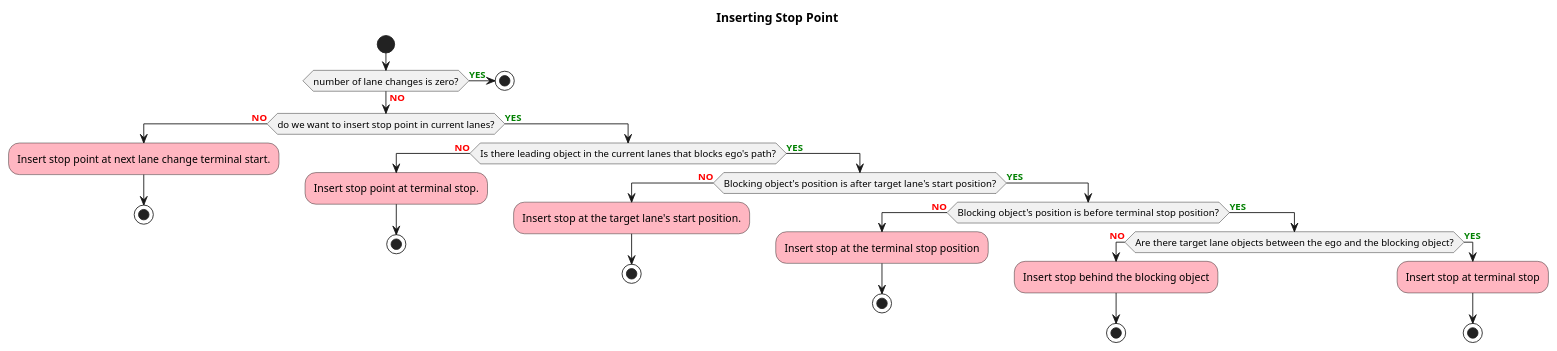
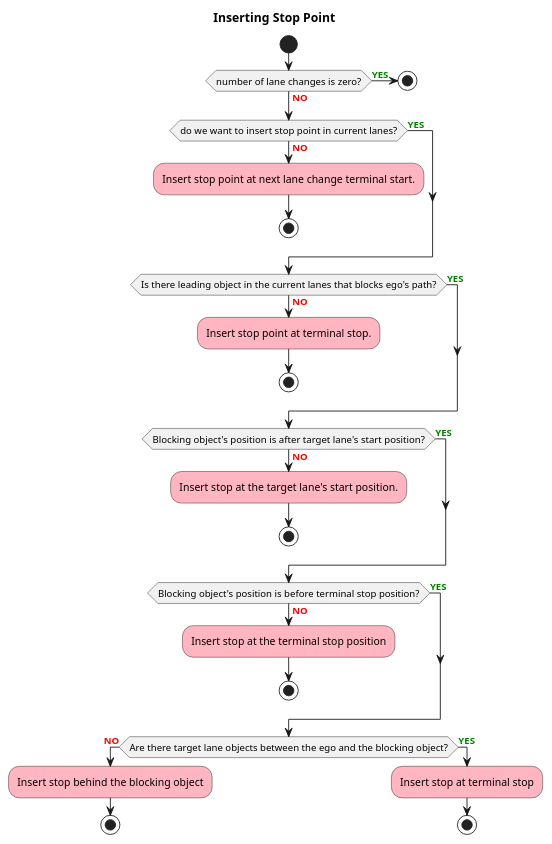
Before and after one commit to autowarefoundation/autoware.universe: the seventh of 10 diagrams in planning/behavior_path_planner/autoware_behavior_path_lane_change_module/README.md, drawn with PlantUML.

Commit message:
fix flowchart too wide

````diff
--- a/planning/behavior_path_planner/autoware_behavior_path_lane_change_module/README.md
+++ b/planning/behavior_path_planner/autoware_behavior_path_lane_change_module/README.md
@@ -549,40 +549,45 @@
 ```plantuml
 @startuml
 skinparam defaultTextAlignment center
 skinparam backgroundColor #WHITE
 
 title Inserting Stop Point
 
 start
 if (number of lane changes is zero?) then (<color:green><b>YES</b></color>)
 stop
 else (<color:red><b>NO</b></color>)
-  if (do we want to insert stop point in current lanes?) then (<color:red><b>NO</b></color>)
-  #LightPink:Insert stop point at next lane change terminal start.;
-  stop
-  else (<color:green><b>YES</b></color>)
-    if (Is there leading object in the current lanes that blocks ego's path?) then (<color:red><b>NO</b></color>)
-    #LightPink:Insert stop point at terminal stop.;
-    stop
-    else (<color:green><b>YES</b></color>)
-      if (Blocking object's position is after target lane's start position?) then (<color:red><b>NO</b></color>)
-      #LightPink:Insert stop at the target lane's start position.;
-      stop
-      else (<color:green><b>YES</b></color>)
-        if (Blocking object's position is before terminal stop position?) then (<color:red><b>NO</b></color>)
-        #LightPink:Insert stop at the terminal stop position;
-        stop
-        else (<color:green><b>YES</b></color>)
-          if (Are there target lane objects between the ego and the blocking object?) then (<color:red><b>NO</b></color>)
-          #LightPink:Insert stop behind the blocking object;
-          stop
-          else (<color:green><b>YES</b></color>)
-          #LightPink:Insert stop at terminal stop;
-          stop
-        endif
-      endif
-    endif
-  endif
 endif
+
+if (do we want to insert stop point in current lanes?) then (<color:red><b>NO</b></color>)
+#LightPink:Insert stop point at next lane change terminal start.;
+stop
+else (<color:green><b>YES</b></color>)
+endif
+
+if (Is there leading object in the current lanes that blocks ego's path?) then (<color:red><b>NO</b></color>)
+#LightPink:Insert stop point at terminal stop.;
+stop
+else (<color:green><b>YES</b></color>)
+endif
+
+if (Blocking object's position is after target lane's start position?) then (<color:red><b>NO</b></color>)
+#LightPink:Insert stop at the target lane's start position.;
+stop
+else (<color:green><b>YES</b></color>)
+endif
+
+if (Blocking object's position is before terminal stop position?) then (<color:red><b>NO</b></color>)
+#LightPink:Insert stop at the terminal stop position;
+stop
+else (<color:green><b>YES</b></color>)
+endif
+
+if (Are there target lane objects between the ego and the blocking object?) then (<color:red><b>NO</b></color>)
+#LightPink:Insert stop behind the blocking object;
+stop
+else (<color:green><b>YES</b></color>)
+#LightPink:Insert stop at terminal stop;
+stop
 @enduml
 ```
````
